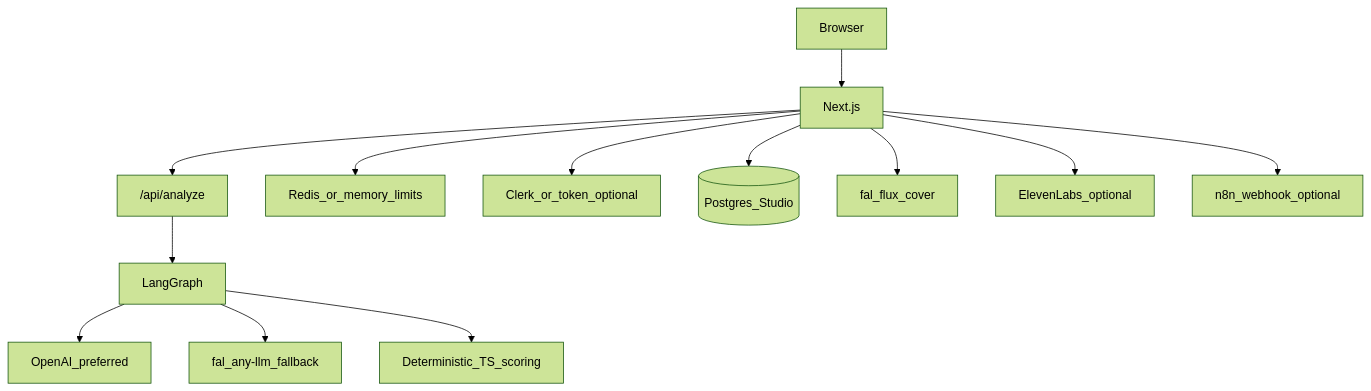
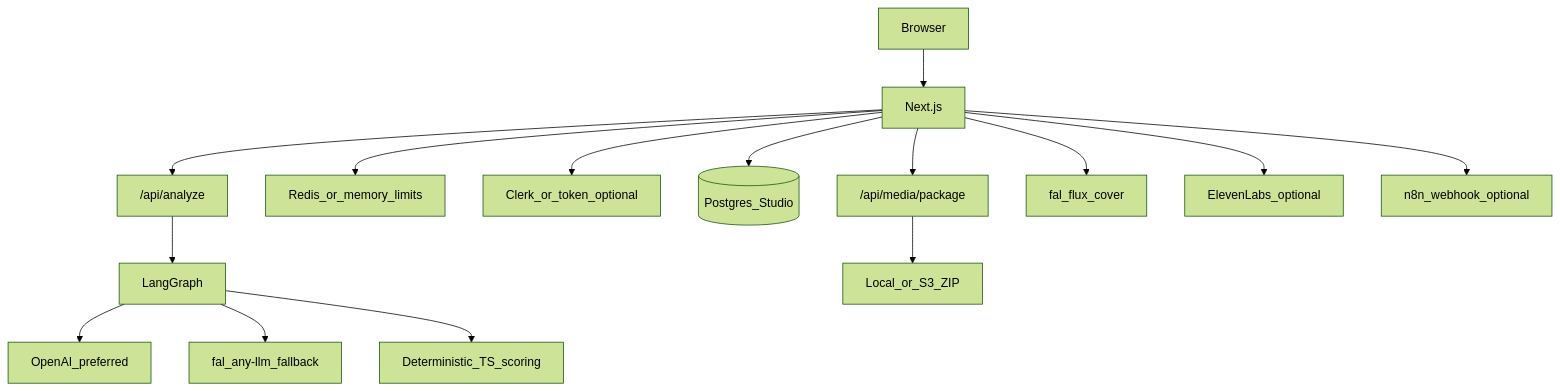
One commit to harshjoshi23/Thunder changed the diagram in README.md. Above: the diagram before and after it, drawn with Mermaid (forest theme). The commit also changed other lines of this file and 29 other files, not shown here.

First line of the commit message:
media export package for Studio.

````diff
--- a/README.md
+++ b/README.md
@@ -98,15 +100,17 @@
 ```mermaid
 flowchart TB
   Browser --> Next[Next.js]
   Next --> Analyze["/api/analyze"]
   Analyze --> LG[LangGraph]
   LG --> OpenAI[OpenAI_preferred]
   LG --> FalLM[fal_any-llm_fallback]
   LG --> Score[Deterministic_TS_scoring]
   Next --> Redis[Redis_or_memory_limits]
   Next --> Auth[Clerk_or_token_optional]
   Next --> PG[(Postgres_Studio)]
+  Next --> Media["/api/media/package"]
+  Media --> Exports[Local_or_S3_ZIP]
   Next --> FalImg[fal_flux_cover]
   Next --> Eleven[ElevenLabs_optional]
   Next --> N8N[n8n_webhook_optional]
 ```
````
